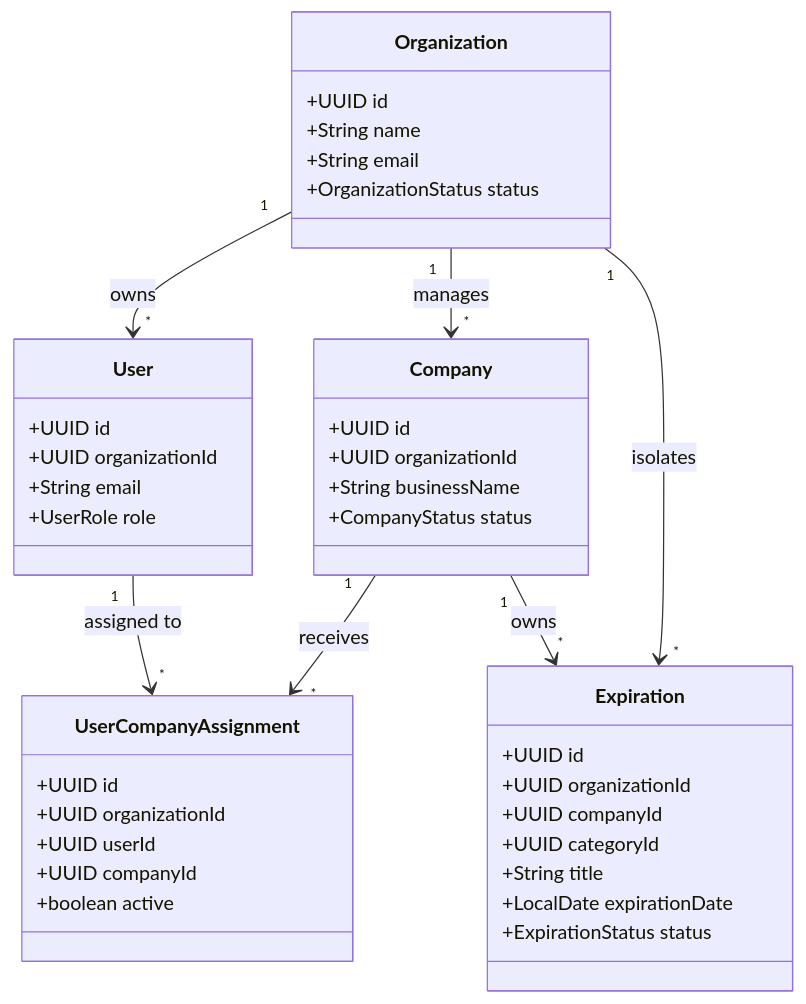
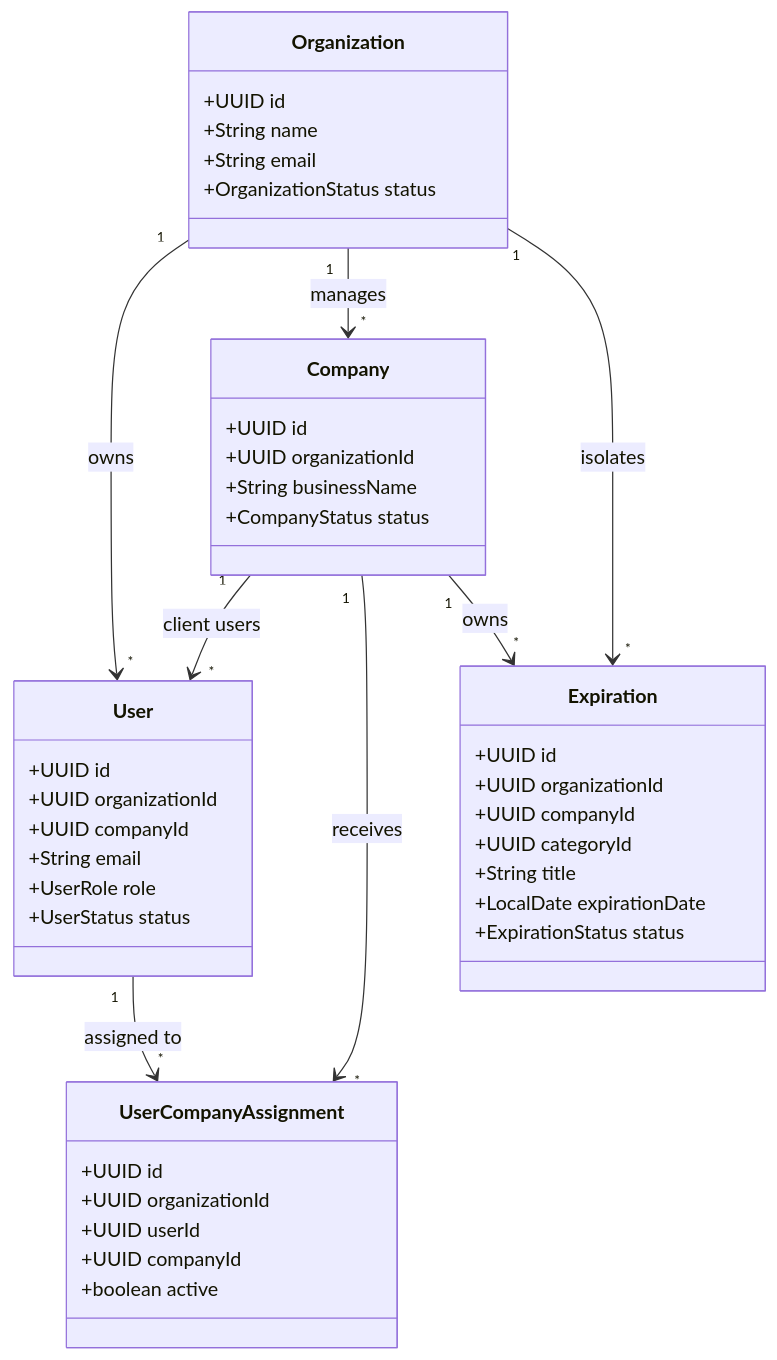
Before and after one commit to Pyudicello/dmtSoftDefinitivo: the second of 2 diagrams in docs/architecture.md, drawn with Mermaid. The commit also changed other lines of this file and 3 other files, not shown here.

Commit message:
docs: update architecture, domain, database models and README for Day 2

````diff
--- a/docs/architecture.md
+++ b/docs/architecture.md
@@ -61,44 +99,47 @@
 ```mermaid
 classDiagram
     class Organization {
         +UUID id
         +String name
         +String email
         +OrganizationStatus status
     }
     class User {
         +UUID id
         +UUID organizationId
+        +UUID companyId
         +String email
         +UserRole role
+        +UserStatus status
     }
     class Company {
         +UUID id
         +UUID organizationId
         +String businessName
         +CompanyStatus status
     }
     class UserCompanyAssignment {
         +UUID id
         +UUID organizationId
         +UUID userId
         +UUID companyId
         +boolean active
     }
     class Expiration {
         +UUID id
         +UUID organizationId
         +UUID companyId
         +UUID categoryId
         +String title
         +LocalDate expirationDate
         +ExpirationStatus status
     }
 
     Organization "1" --> "*" User : owns
     Organization "1" --> "*" Company : manages
     Organization "1" --> "*" Expiration : isolates
+    Company "1" --> "*" User : client users
     User "1" --> "*" UserCompanyAssignment : assigned to
     Company "1" --> "*" UserCompanyAssignment : receives
     Company "1" --> "*" Expiration : owns
 ```
````
